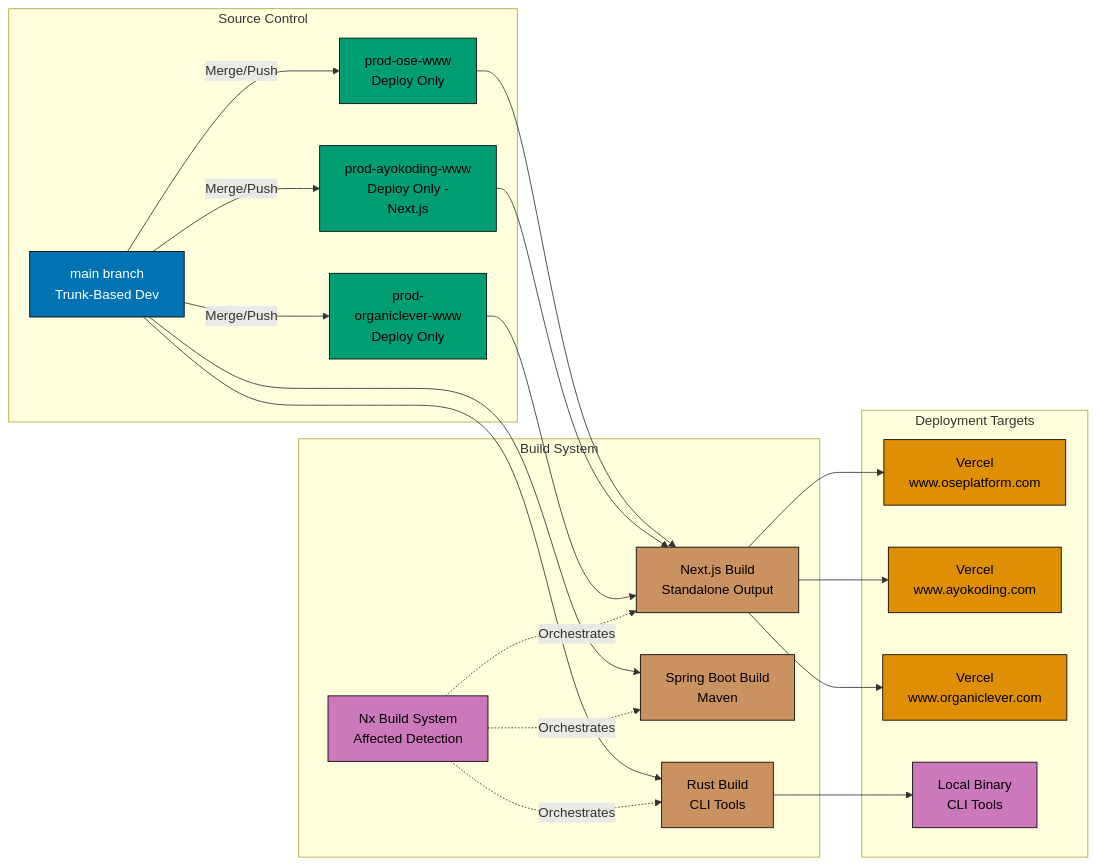
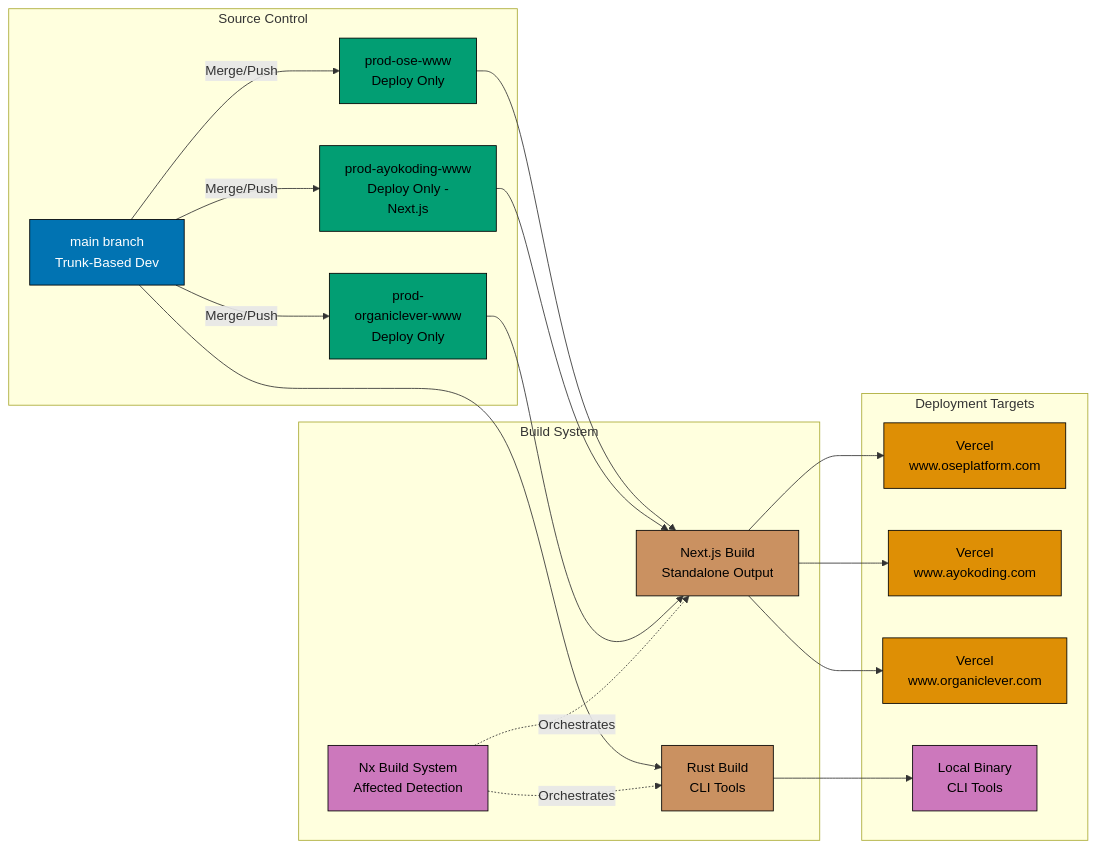
Before and after one commit to wahidyankf/ose-public: the diagram in docs/reference/system-architecture/deployment.md, drawn with Mermaid. The commit also changed 97 other files, not shown here.

````diff
--- a/docs/reference/system-architecture/deployment.md
+++ b/docs/reference/system-architecture/deployment.md
@@ -18,56 +18,53 @@
 ```mermaid
 graph LR
     accTitle: Deployment Diagram
-    accDescr: main branch Trunk-Based Dev leads to prod-ose-www Deploy Only via Merge/Push; main branch Trunk-Based Dev leads to prod-ayokoding-www Deploy Only - Next.js via Merge/Push; and 13 more links.
+    accDescr: main branch Trunk-Based Dev leads to prod-ose-www Deploy Only via Merge/Push; main branch Trunk-Based Dev leads to prod-ayokoding-www Deploy Only - Next.js via Merge/Push; and 11 more links.
     subgraph "Source Control"
         MAIN[main branch<br/>Trunk-Based Dev]
         PROD_OSE[prod-ose-www<br/>Deploy Only]
         PROD_AYO[prod-ayokoding-www<br/>Deploy Only -<br/>Next.js]
         PROD_OL[prod-<br/>organiclever-www<br/>Deploy Only]
     end
 
     subgraph "Build System"
         NX_BUILD[Nx Build System<br/>Affected Detection]
         NEXT_BUILD[Next.js Build<br/>Standalone Output]
-        SPRING_BUILD[Spring Boot Build<br/>Maven]
         RUST_BUILD[Rust Build<br/>CLI Tools]
     end
 
     subgraph "Deployment Targets"
         VERCEL_OSE[Vercel<br/>www.oseplatform.com]
         VERCEL_AYO[Vercel<br/>www.ayokoding.com]
         VERCEL_OL[Vercel<br/>www.organiclever.com]
         LOCAL[Local Binary<br/>CLI Tools]
     end
 
     MAIN -->|Merge/Push| PROD_OSE
     MAIN -->|Merge/Push| PROD_AYO
     MAIN -->|Merge/Push| PROD_OL
 
     PROD_OSE --> NEXT_BUILD
     PROD_AYO --> NEXT_BUILD
     PROD_OL --> NEXT_BUILD
     MAIN --> RUST_BUILD
-    MAIN --> SPRING_BUILD
 
     NEXT_BUILD --> VERCEL_OSE
     NEXT_BUILD --> VERCEL_AYO
     NEXT_BUILD --> VERCEL_OL
     RUST_BUILD --> LOCAL
 
     NX_BUILD -.->|Orchestrates| NEXT_BUILD
-    NX_BUILD -.->|Orchestrates| SPRING_BUILD
     NX_BUILD -.->|Orchestrates| RUST_BUILD
 
     classDef blue fill:#0173B2,stroke:#000000,color:#FFFFFF
     classDef teal fill:#029E73,stroke:#000000,color:#000000
     classDef purple fill:#CC78BC,stroke:#000000,color:#000000
     classDef brown fill:#CA9161,stroke:#000000,color:#000000
     classDef orange fill:#DE8F05,stroke:#000000,color:#000000
     class MAIN blue
     class PROD_OSE,PROD_AYO,PROD_OL teal
     class NX_BUILD,LOCAL purple
-    class NEXT_BUILD,SPRING_BUILD,RUST_BUILD brown
+    class NEXT_BUILD,RUST_BUILD brown
     class VERCEL_OSE,VERCEL_AYO,VERCEL_OL orange
     classDef default fill:#FFFFFF,stroke:#000000,color:#000000
 ```
````
